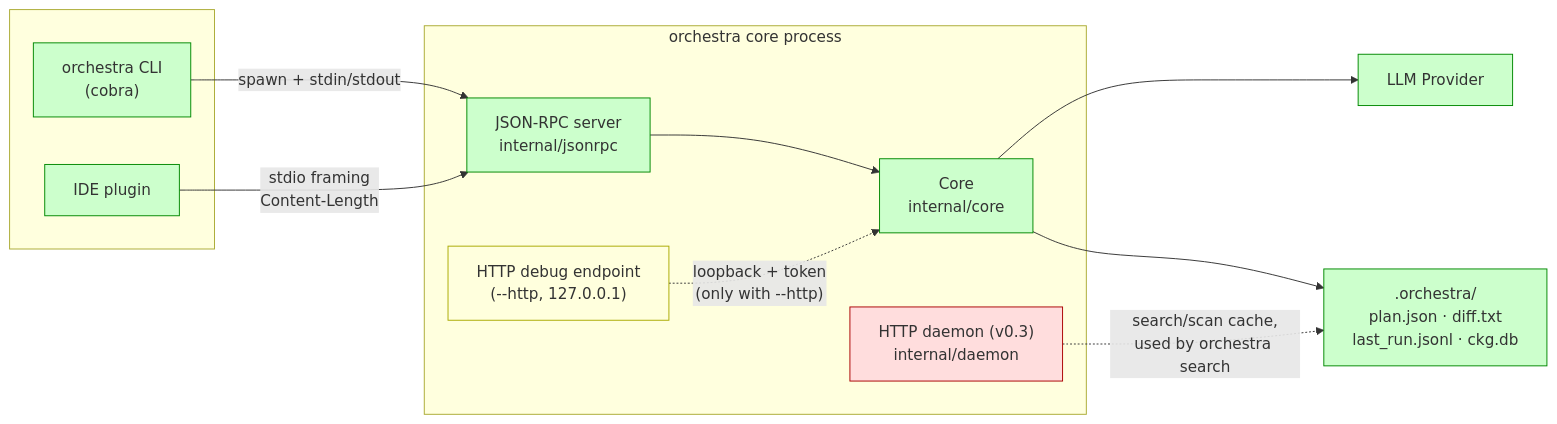
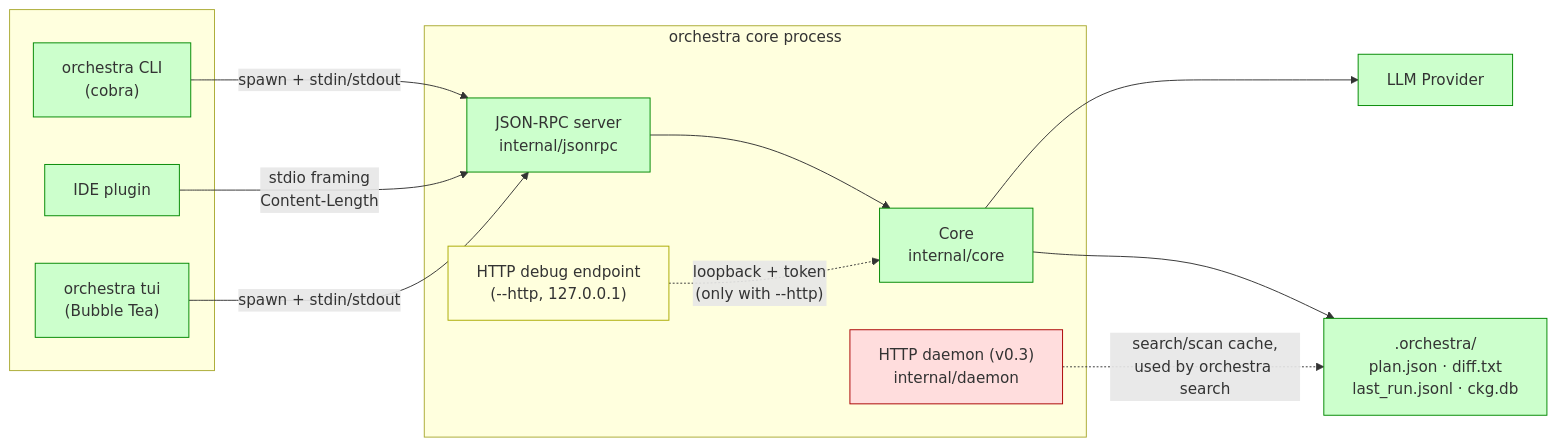
Before and after one commit to GreyKxtx/Orchestra: the second of 10 diagrams in docs/architecture-uml.md, drawn with Mermaid.

Commit message:
docs: add TUI client to architecture containers diagram

````diff
--- a/docs/architecture-uml.md
+++ b/docs/architecture-uml.md
@@ -47,30 +47,32 @@
 ```mermaid
 flowchart LR
     classDef supported fill:#cfc,stroke:#080
     classDef debug fill:#ffd,stroke:#aa0
     classDef legacy fill:#fdd,stroke:#a00
 
     subgraph User_side[" "]
         CLI["orchestra CLI<br/>(cobra)"]:::supported
         IDE["IDE plugin"]:::supported
+        TUI["orchestra tui<br/>(Bubble Tea)"]:::supported
     end
 
     subgraph Process[orchestra core process]
         RPC["JSON-RPC server<br/>internal/jsonrpc"]:::supported
         Core["Core<br/>internal/core"]:::supported
         HTTPDbg["HTTP debug endpoint<br/>(--http, 127.0.0.1)"]:::debug
         Daemon["HTTP daemon (v0.3)<br/>internal/daemon"]:::legacy
     end
 
     Filesystem[".orchestra/<br/>plan.json · diff.txt<br/>last_run.jsonl · ckg.db"]:::supported
     LLM["LLM Provider"]:::supported
 
     CLI -- "spawn + stdin/stdout" --> RPC
     IDE -- "stdio framing<br/>Content-Length" --> RPC
+    TUI -- "spawn + stdin/stdout" --> RPC
     RPC --> Core
     Core --> LLM
     Core --> Filesystem
 
     HTTPDbg -. "loopback + token<br/>(only with --http)" .-> Core
     Daemon -. "search/scan cache,<br/>used by orchestra search" .-> Filesystem
 ```
````
